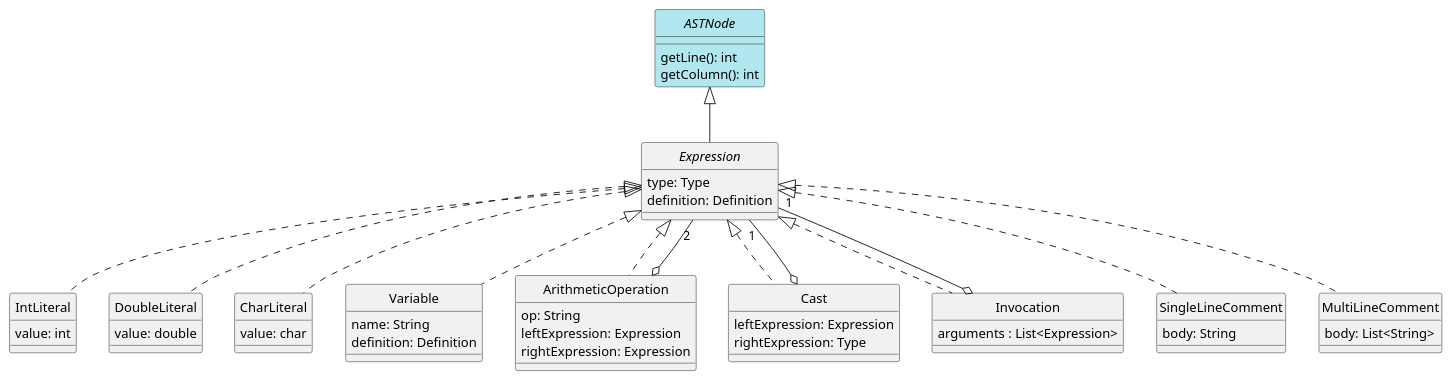
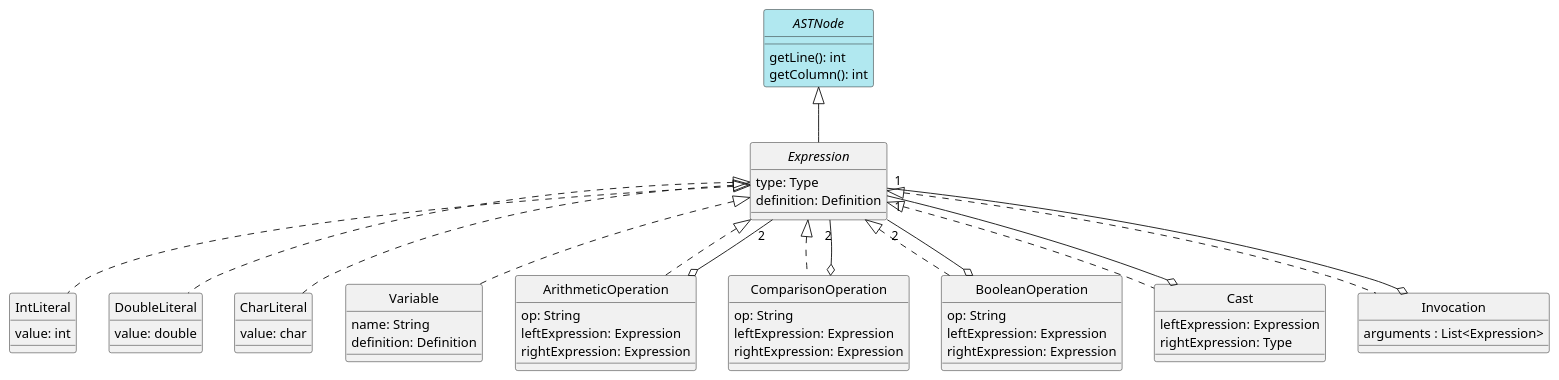
The diagram in docs/diagrams/expressions.plantuml (alvesit0/DLP-Compiler), drawn with PlantUML before and after one commit. The commit also changed 34 other files, not shown here.

```diff
--- a/docs/diagrams/expressions.plantuml
+++ b/docs/diagrams/expressions.plantuml
@@ -1,70 +1,78 @@
 @startuml Expressions
 skinparam style strictuml
 skinparam monochrome false
 
 interface ASTNode #b1e8f0 {
     getLine(): int
     getColumn(): int
 }
 
 interface Expression {
     type: Type
     definition: Definition
 }
 
 class IntLiteral {
     value: int
 }
 
 class DoubleLiteral {
     value: double
 }
 
 class CharLiteral {
     value: char
 }
 
 class Variable {
     name: String
     definition: Definition
 }
 
 class ArithmeticOperation {
     op: String
     leftExpression: Expression
     rightExpression: Expression
 }
 
+' <, >, <=, >=
+class ComparisonOperation {
+    op: String
+    leftExpression: Expression
+    rightExpression: Expression
+}
+
+' ||, &&, !
+class BooleanOperation {
+    op: String
+    leftExpression: Expression
+    rightExpression: Expression
+}
+
 class Cast {
     leftExpression: Expression
     rightExpression: Type
 }
 
 class Invocation {
     arguments : List<Expression>
 }
 
-class SingleLineComment {
-    body: String
-}
-
-class MultiLineComment {
-    body: List<String>
-}
-
 ASTNode <|-- Expression
 Expression <|.. IntLiteral
 Expression <|.. DoubleLiteral
 Expression <|.. CharLiteral
 Expression <|.. Variable
 Expression <|.. ArithmeticOperation
+Expression <|.. ComparisonOperation
+Expression <|.. BooleanOperation
 Expression <|.. Cast
 Expression <|.. Invocation
-Expression <|.. SingleLineComment
-Expression <|.. MultiLineComment
 
 ArithmeticOperation o--"2" Expression
+BooleanOperation o--"2" Expression
+ComparisonOperation o--"2" Expression
 Cast o--"1" Expression
 Invocation o--"1" Expression
 
 @enduml
```
